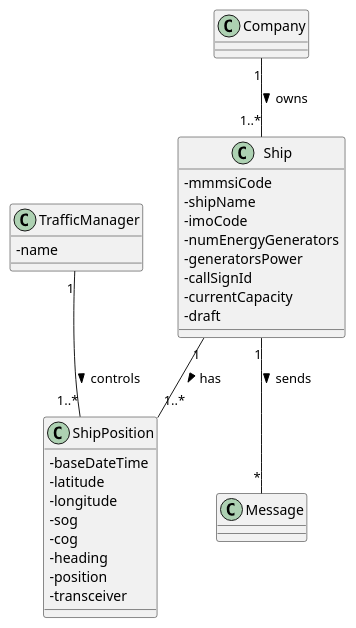
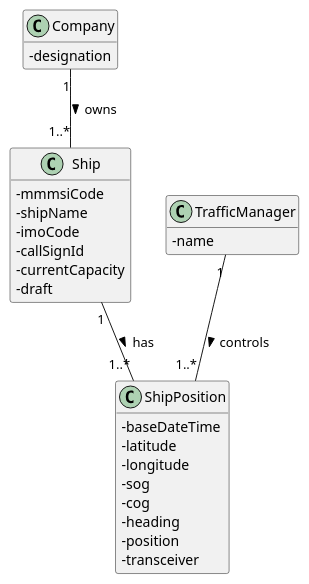
One commit to ana-albergaria/LAPR3-ISEP changed the diagram in docs/US103/US103_DM.puml. Above: the diagram before and after it, drawn with PlantUML. The commit also changed 8 other files, not shown here.

```diff
--- a/docs/US103/US103_DM.puml
+++ b/docs/US103/US103_DM.puml
@@ -1,42 +1,65 @@
 @startuml
 
 skinparam classAttributeIconSize 0
+hide empty methods
+hide empty attributes
+
+
+class Company {
+    -designation
+}
 
 class TrafficManager{
     -name
 }
 
 class Ship {
     -mmmsiCode
     -shipName
     -imoCode
-    -numEnergyGenerators
-    -generatorsPower
     -callSignId
     -currentCapacity /'added by us'/
     -draft
 }
+
+/'class EnergyPower {
+    -numEnergyGenerators
+    -generatorsPower
+}'/
 
 class ShipPosition {
     -baseDateTime
     -latitude
     -longitude
     -sog
     -cog
     -heading
     -position
     -transceiver
 }
 
-class Message {}
+/'Is VesselType necessary?
+class VesselType {
+    -vesselTypeId
+    -length
+    -width
+    -maxCapacity
+}
+'/
+
+/' retirar Message? '/
+/'class Message {}'/
 
 
-Ship "1" -- "*" Message : sends >
+/'Ship "1" -- "*" Message : sends >'/
 Ship "1" -- "1..*" ShipPosition : has >
 TrafficManager "1" -- "1..*" ShipPosition : controls >
 Company "1" -- "1..*" Ship : owns >
+
+/'Ship "1" -- "1" EnergyPower : has >'/
+/'Ship "*" -- "1" VesselType : is of >'/
 
 
 
 
 @enduml
```
